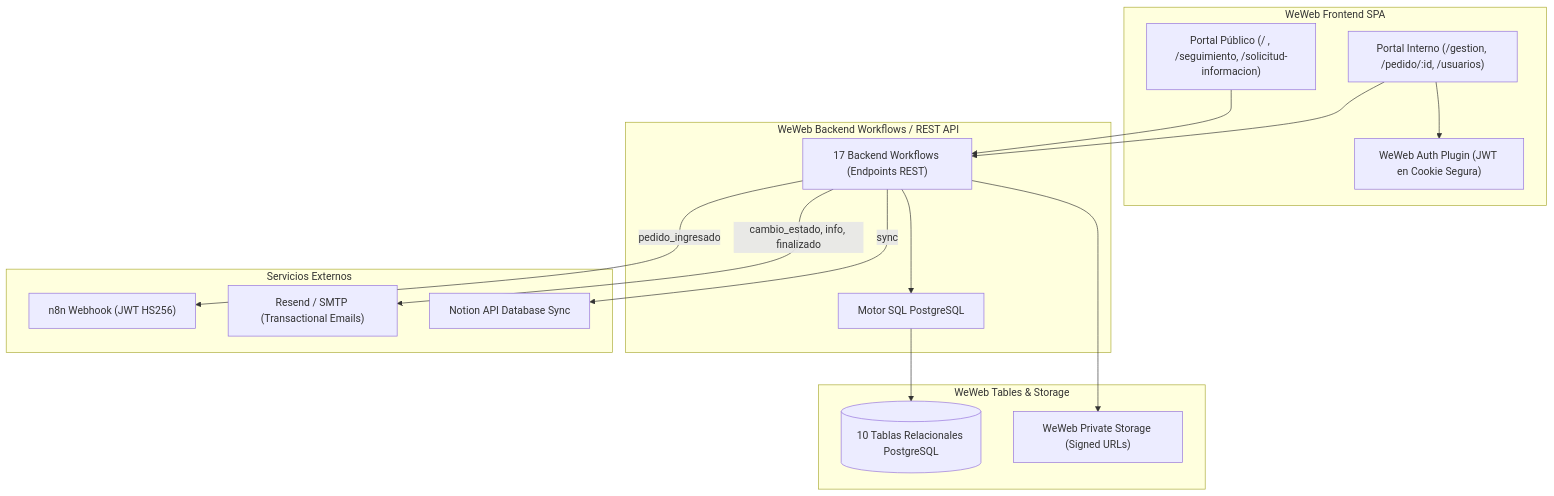
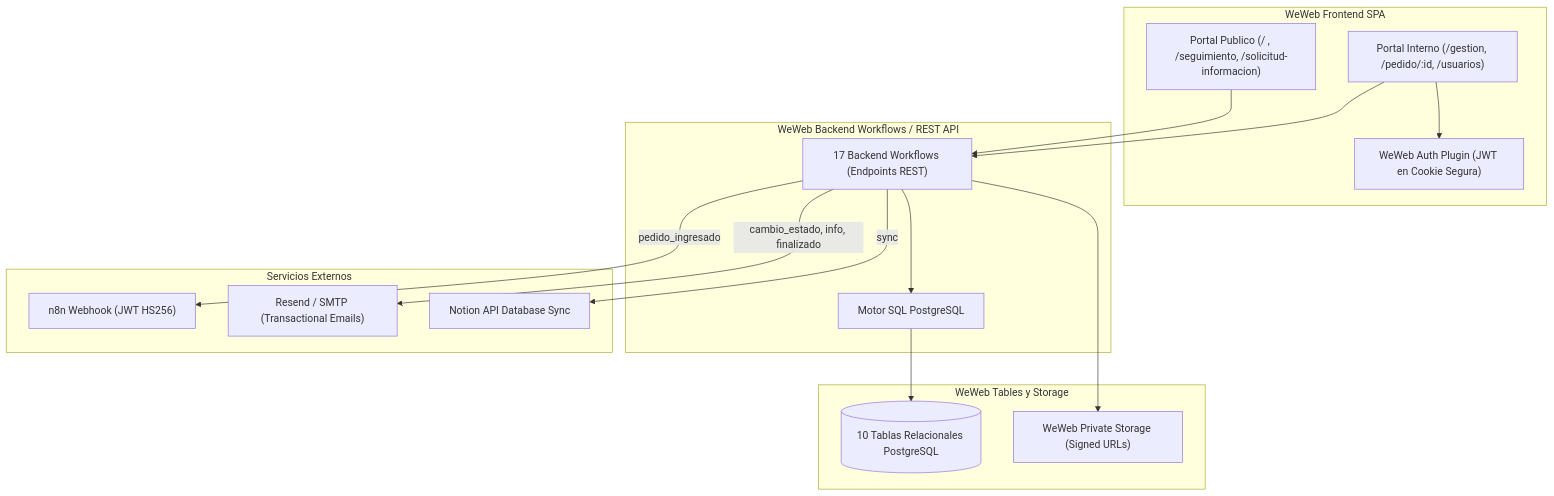
One commit to saldiviapablo/formulariopedidos changed the diagram in AUDITORIA_ESTADO_ACTUAL_WEWEB_2026-09-10.md. Above: the diagram before and after it, drawn with Mermaid. The commit also changed other lines of this file and 18 other files, not shown here.

````diff
--- a/AUDITORIA_ESTADO_ACTUAL_WEWEB_2026-09-10.md
+++ b/AUDITORIA_ESTADO_ACTUAL_WEWEB_2026-09-10.md
@@ -41,34 +43,34 @@
 ```mermaid
 graph TD
     subgraph Frontend [WeWeb Frontend SPA]
-        PublicUI["Portal Público (/ , /seguimiento, /solicitud-informacion)"]
+        PublicUI["Portal Publico (/ , /seguimiento, /solicitud-informacion)"]
         PrivateUI["Portal Interno (/gestion, /pedido/:id, /usuarios)"]
         AuthModule["WeWeb Auth Plugin (JWT en Cookie Segura)"]
     end
 
     subgraph Backend [WeWeb Backend Workflows / REST API]
         BWA["17 Backend Workflows (Endpoints REST)"]
         SQL["Motor SQL PostgreSQL"]
     end
 
-    subgraph StorageEngine [WeWeb Tables & Storage]
+    subgraph StorageEngine [WeWeb Tables y Storage]
         DB[(10 Tablas Relacionales PostgreSQL)]
         Storage["WeWeb Private Storage (Signed URLs)"]
     end
 
     subgraph Integrations [Servicios Externos]
         N8N["n8n Webhook (JWT HS256)"]
         Resend["Resend / SMTP (Transactional Emails)"]
         Notion["Notion API Database Sync"]
     end
 
     PublicUI --> BWA
     PrivateUI --> BWA
     PrivateUI --> AuthModule
     BWA --> SQL
     SQL --> DB
     BWA --> Storage
     BWA -->|pedido_ingresado| N8N
     BWA -->|cambio_estado, info, finalizado| Resend
     BWA -->|sync| Notion
 ```
````
